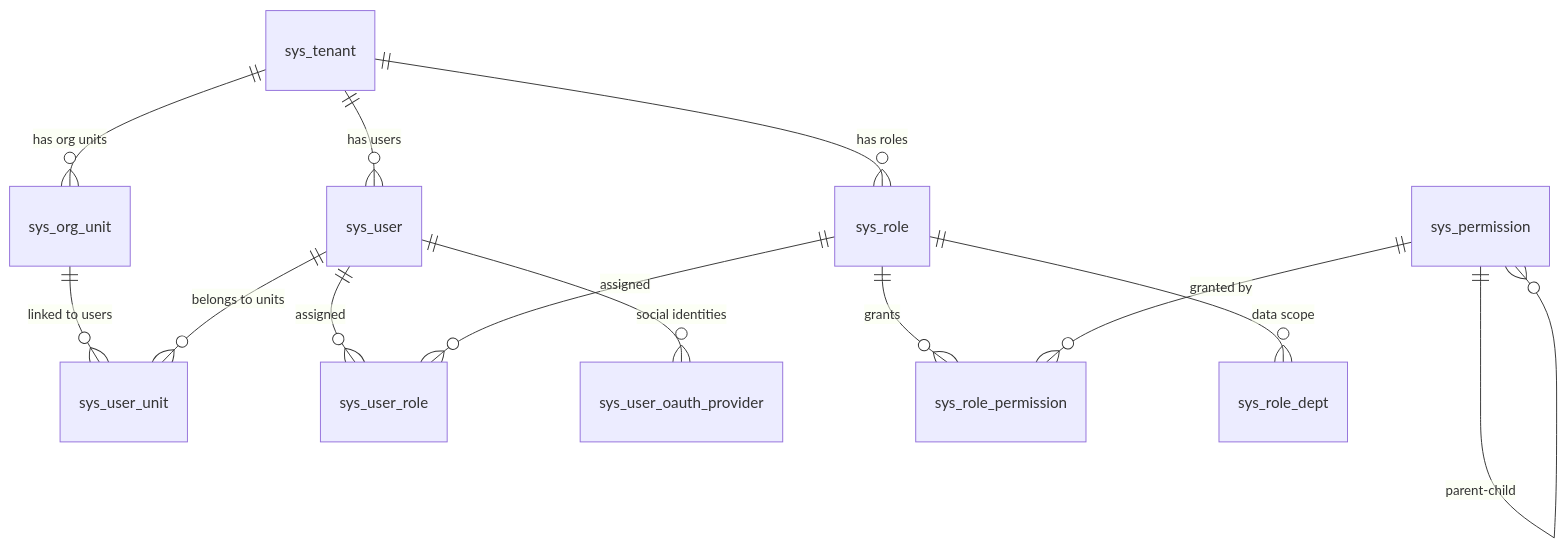
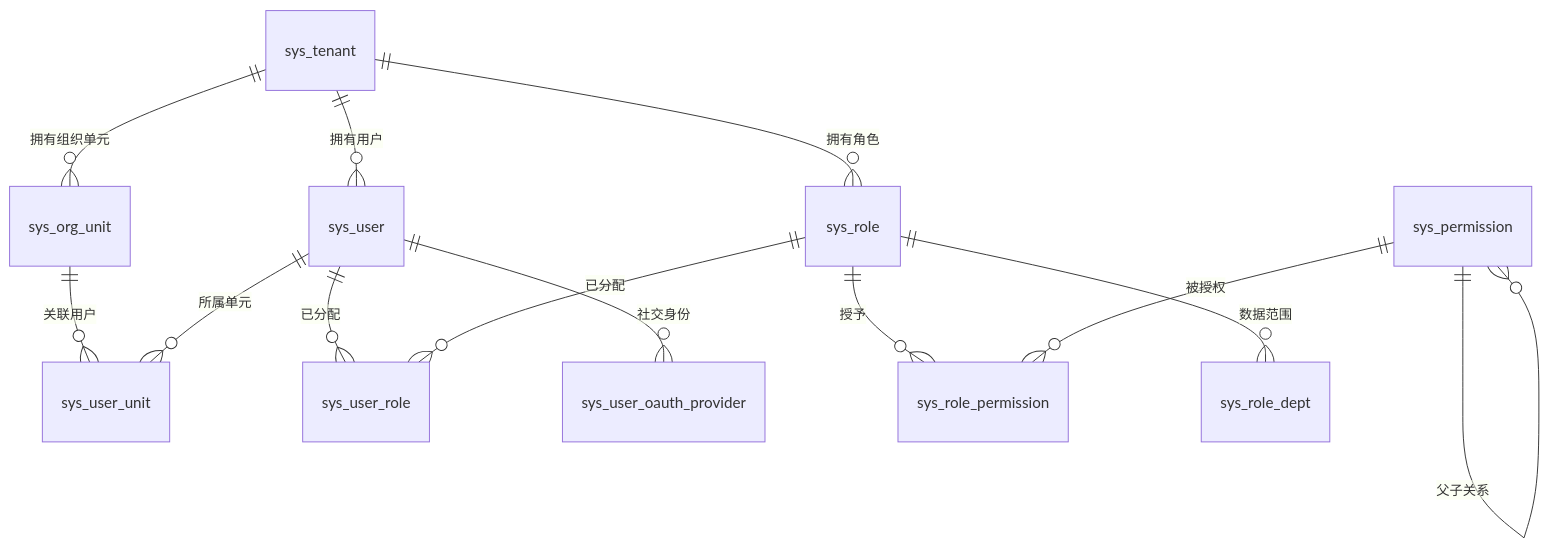
The diagram in docs/architecture.md (wang-baohai/Omni-Stack), drawn with Mermaid before and after one commit. The commit also changed other lines of this file and 76 other files, not shown here.

````diff
--- a/docs/architecture.md
+++ b/docs/architecture.md
@@ -164,15 +392,15 @@
 ```mermaid
 erDiagram
-    sys_tenant ||--o{ sys_user : "has users"
-    sys_tenant ||--o{ sys_role : "has roles"
-    sys_tenant ||--o{ sys_org_unit : "has org units"
-    sys_org_unit ||--o{ sys_user_unit : "linked to users"
-    sys_user ||--o{ sys_user_unit : "belongs to units"
-    sys_user ||--o{ sys_user_role : "assigned"
-    sys_user ||--o{ sys_user_oauth_provider : "social identities"
-    sys_role ||--o{ sys_user_role : "assigned"
-    sys_role ||--o{ sys_role_permission : "grants"
-    sys_role ||--o{ sys_role_dept : "data scope"
-    sys_permission ||--o{ sys_role_permission : "granted by"
-    sys_permission ||--o{ sys_permission : "parent-child"
+    sys_tenant ||--o{ sys_user : "拥有用户"
+    sys_tenant ||--o{ sys_role : "拥有角色"
+    sys_tenant ||--o{ sys_org_unit : "拥有组织单元"
+    sys_org_unit ||--o{ sys_user_unit : "关联用户"
+    sys_user ||--o{ sys_user_unit : "所属单元"
+    sys_user ||--o{ sys_user_role : "已分配"
+    sys_user ||--o{ sys_user_oauth_provider : "社交身份"
+    sys_role ||--o{ sys_user_role : "已分配"
+    sys_role ||--o{ sys_role_permission : "授予"
+    sys_role ||--o{ sys_role_dept : "数据范围"
+    sys_permission ||--o{ sys_role_permission : "被授权"
+    sys_permission ||--o{ sys_permission : "父子关系"
 ```
````
